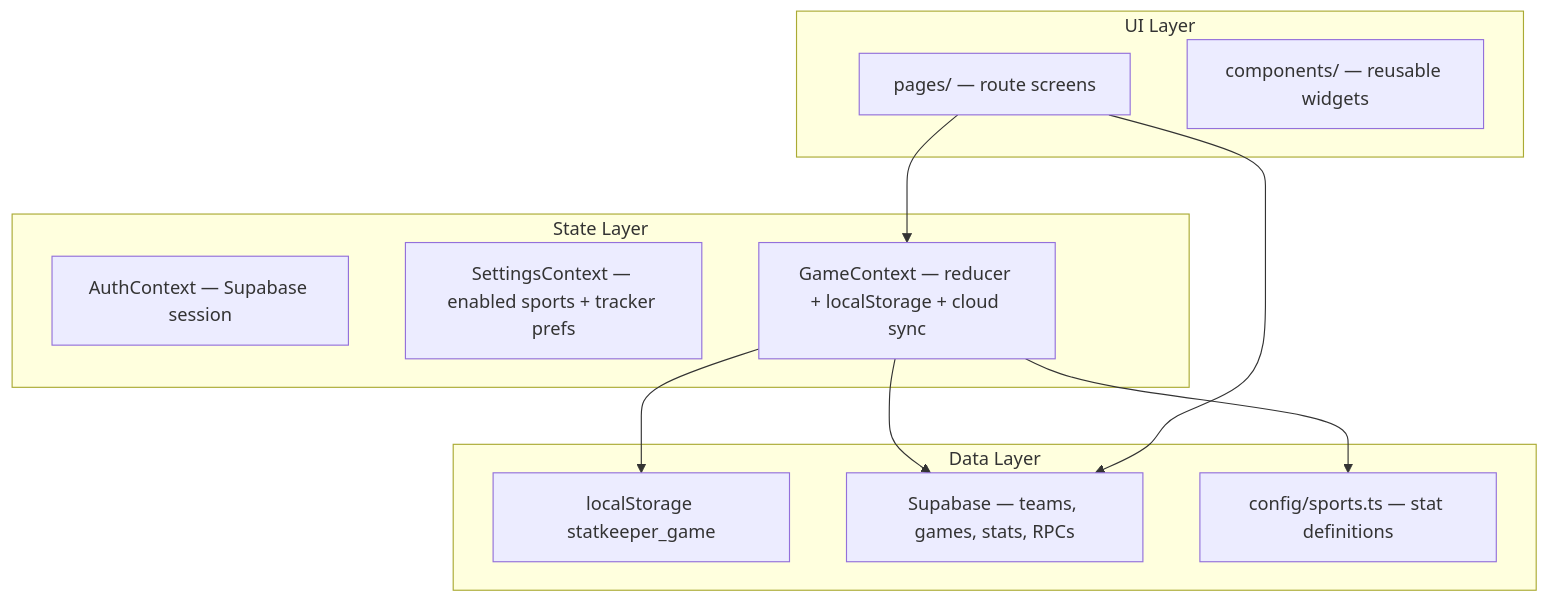
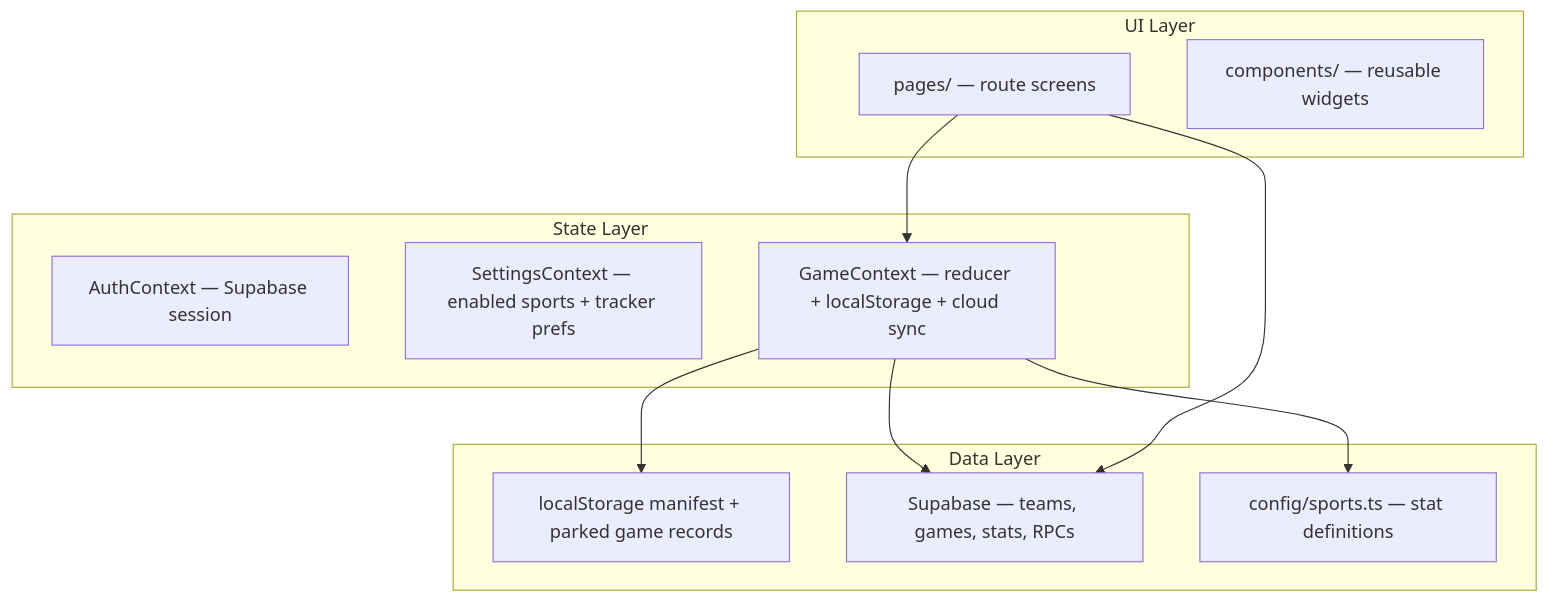
Before and after one commit to Rothermal/cursor-default: the first of 2 diagrams in docs/AGENT_CODEBASE_OVERVIEW.md, drawn with Mermaid. The commit also changed other lines of this file and 12 other files, not shown here.

````diff
--- a/docs/AGENT_CODEBASE_OVERVIEW.md
+++ b/docs/AGENT_CODEBASE_OVERVIEW.md
@@ -21,22 +21,22 @@
 ```mermaid
 flowchart TB
   subgraph ui [UI Layer]
     Pages["pages/ — route screens"]
     Components["components/ — reusable widgets"]
   end
   subgraph state [State Layer]
     AuthCtx["AuthContext — Supabase session"]
     SettingsCtx["SettingsContext — enabled sports + tracker prefs"]
     GameCtx["GameContext — reducer + localStorage + cloud sync"]
   end
   subgraph data [Data Layer]
-    Local["localStorage statkeeper_game"]
+    Local["localStorage manifest + parked game records"]
     Supa["Supabase — teams, games, stats, RPCs"]
     Config["config/sports.ts — stat definitions"]
   end
   Pages --> GameCtx
   GameCtx --> Local
   GameCtx --> Supa
   Pages --> Supa
   GameCtx --> Config
 ```
````
